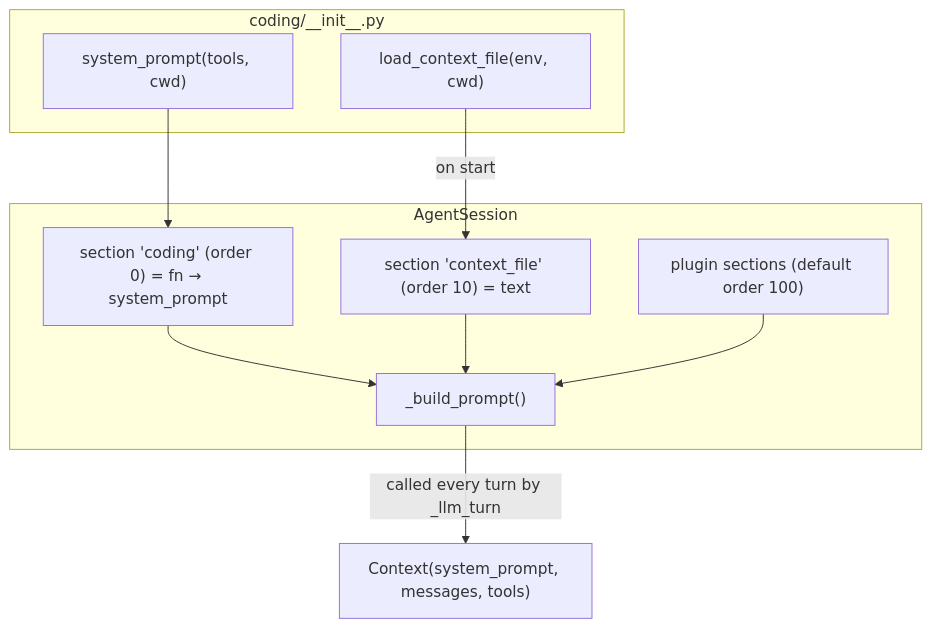
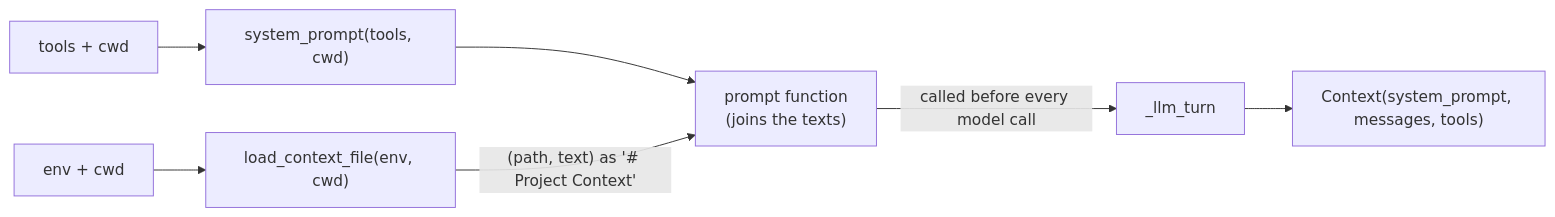
Before and after one commit to danhugo/simp-agent: the second of 2 diagrams in docs/guidebook/11-system-prompt.md, drawn with Mermaid. The commit also changed other lines of this file and 1 other file, not shown here.

Commit message:
guidebook: ch11 one-shot rewrite (system prompt)

````diff
--- a/docs/guidebook/11-system-prompt.md
+++ b/docs/guidebook/11-system-prompt.md
@@ -100,19 +65,9 @@
 ```mermaid
-flowchart TB
-    subgraph coding["coding/__init__.py"]
-        SP["system_prompt(tools, cwd)"]
-        LCF["load_context_file(env, cwd)"]
-    end
-    subgraph session["AgentSession"]
-        S0["section 'coding' (order 0) = fn → system_prompt"]
-        S10["section 'context_file' (order 10) = text"]
-        S100["plugin sections (default order 100)"]
-        BP["_build_prompt()"]
-    end
-    SP --> S0
-    LCF -->|on start| S10
-    S0 --> BP
-    S10 --> BP
-    S100 --> BP
-    BP -->|"called every turn by _llm_turn"| CTX["Context(system_prompt, messages, tools)"]
+flowchart LR
+    T["tools + cwd"] --> SP["system_prompt(tools, cwd)"]
+    E["env + cwd"] --> LCF["load_context_file(env, cwd)"]
+    SP --> F["prompt function<br/>(joins the texts)"]
+    LCF -->|"(path, text) as '# Project Context'"| F
+    F -->|"called before every model call"| LT["_llm_turn"]
+    LT --> CTX["Context(system_prompt, messages, tools)"]
 ```
````
